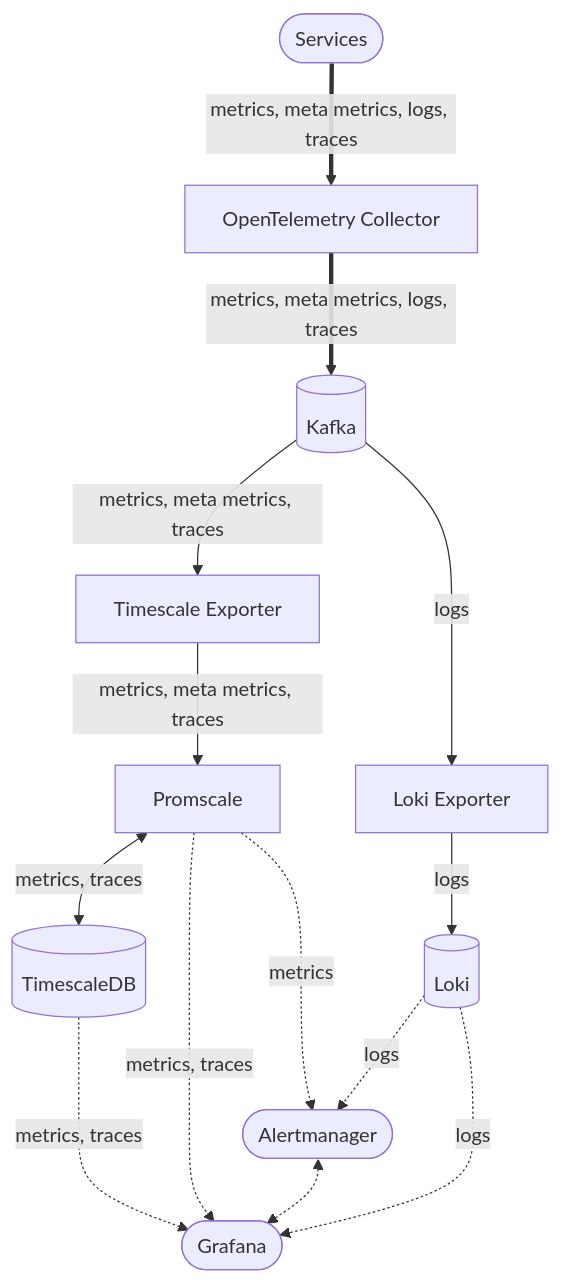
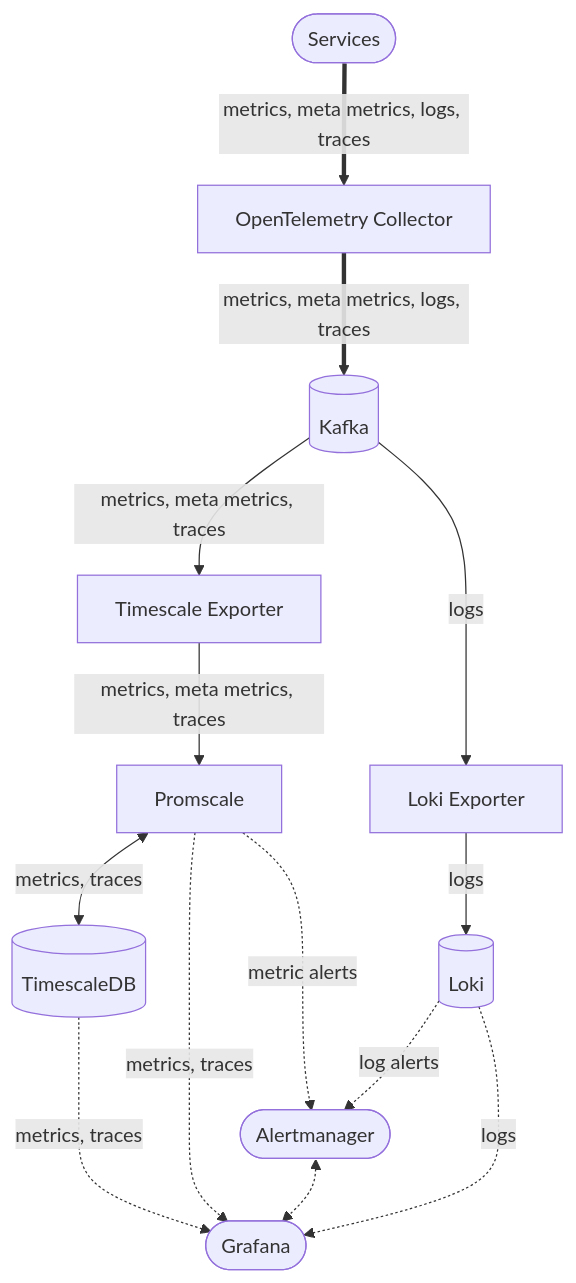
One commit to lhns/otel-stack-swarm changed the diagram in README.md. Above: the diagram before and after it, drawn with Mermaid.

````diff
--- a/README.md
+++ b/README.md
@@ -3,20 +3,20 @@
 ```mermaid
 flowchart TD
     services([Services])
     otel-collector[OpenTelemetry Collector]
     kafka[(Kafka)]
     timescale-exporter[Timescale Exporter]
     promscale[Promscale]
     timescaledb[(TimescaleDB)]
     alertmanager([Alertmanager])
     loki-exporter[Loki Exporter]
     loki[(Loki)]
     grafana([Grafana])
     services ==>|metrics, meta metrics, logs, traces| otel-collector ==>|metrics, meta metrics, logs, traces| kafka
     promscale <-->|metrics, traces| timescaledb -..->|metrics, traces| grafana
     kafka -->|metrics, meta metrics, traces| timescale-exporter -->|metrics, meta metrics, traces| promscale -.->|metrics, traces| grafana
-    loki -.->|logs| alertmanager
-    promscale -.->|metrics| alertmanager
+    loki -.->|log alerts| alertmanager
+    promscale -.->|metric alerts| alertmanager
     alertmanager <-.-> grafana
     kafka -->|logs| loki-exporter -->|logs| loki -.->|logs| grafana
 ```
````
